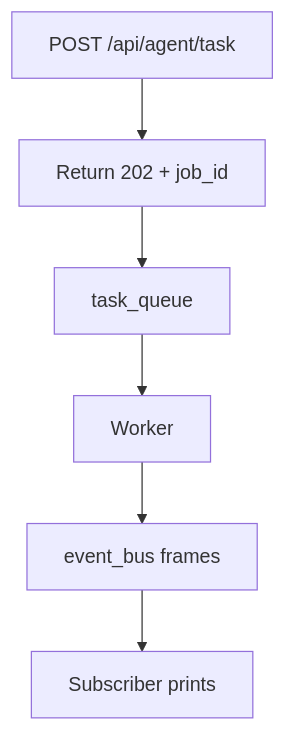
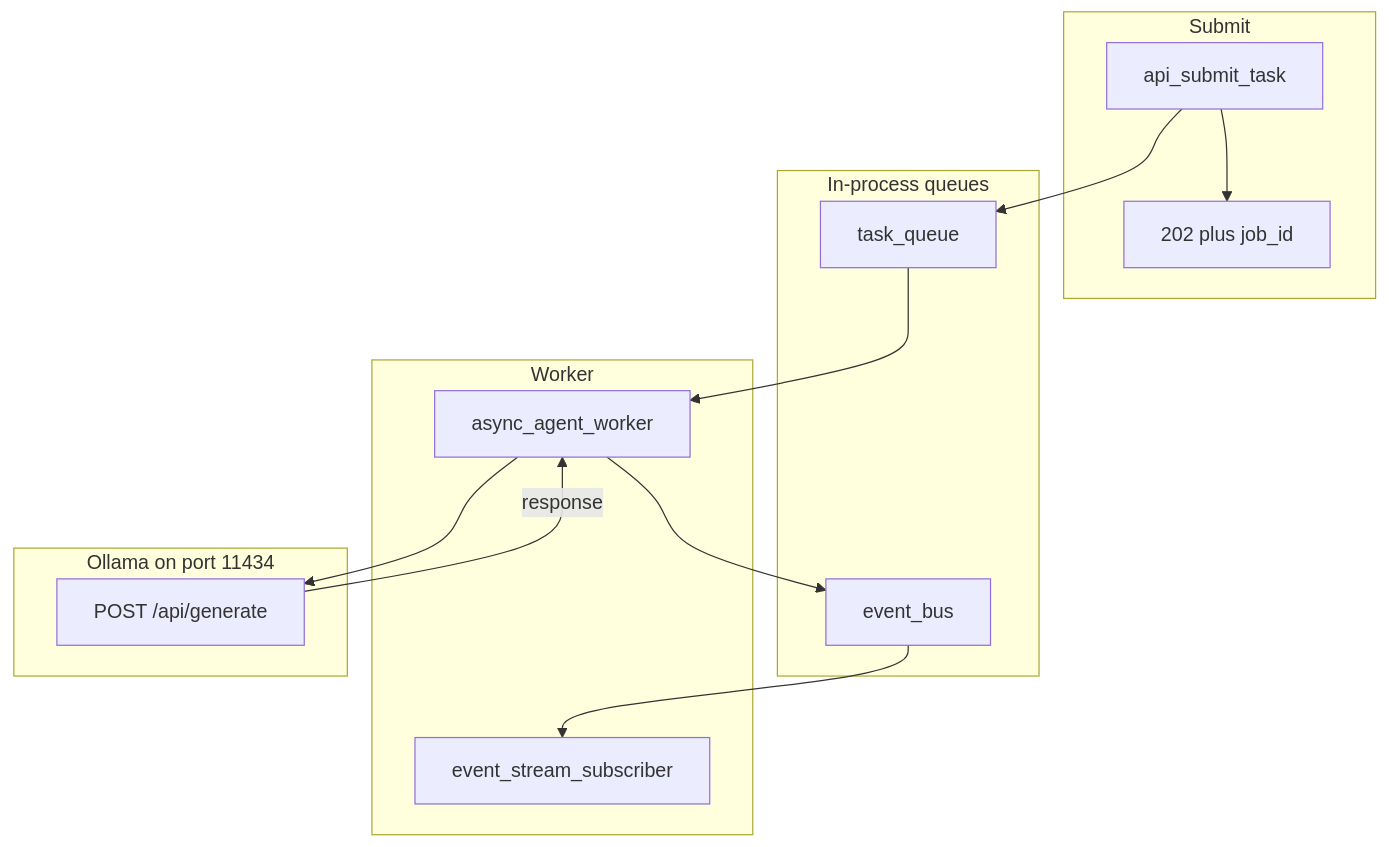
One commit to jacobbweber/AgenticAI-Labs changed the diagram in education/06_the_workflow/02_event_driven.md. Above: the diagram before and after it, drawn with Mermaid. The commit also changed other lines of this file, not shown here.

Commit message:
Rewrite 06 event-driven module to the chapter template

````diff
--- a/education/06_the_workflow/02_event_driven.md
+++ b/education/06_the_workflow/02_event_driven.md
@@ -29,8 +42,25 @@
 ```mermaid
 flowchart TD
-    A["POST /api/agent/task"] --> B["Return 202 + job_id"]
-    B --> C["task_queue"]
-    C --> D["Worker"]
-    D --> E["event_bus frames"]
-    E --> F["Subscriber prints"]
+    subgraph event_submit [Submit]
+        API["api_submit_task"]
+        ACK["202 plus job_id"]
+    end
+    subgraph event_queues [In-process queues]
+        TQ["task_queue"]
+        EB["event_bus"]
+    end
+    subgraph event_worker [Worker]
+        W["async_agent_worker"]
+        SUB["event_stream_subscriber"]
+    end
+    subgraph event_host [Ollama on port 11434]
+        GEN["POST /api/generate"]
+    end
+    API --> ACK
+    API --> TQ
+    TQ --> W
+    W --> GEN
+    GEN -->|"response"| W
+    W --> EB
+    EB --> SUB
 ```
````
